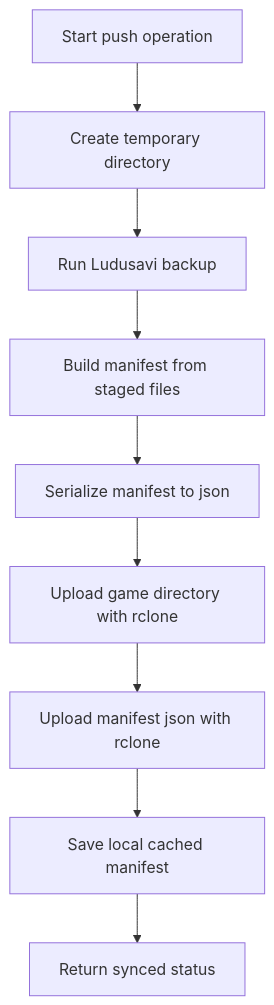
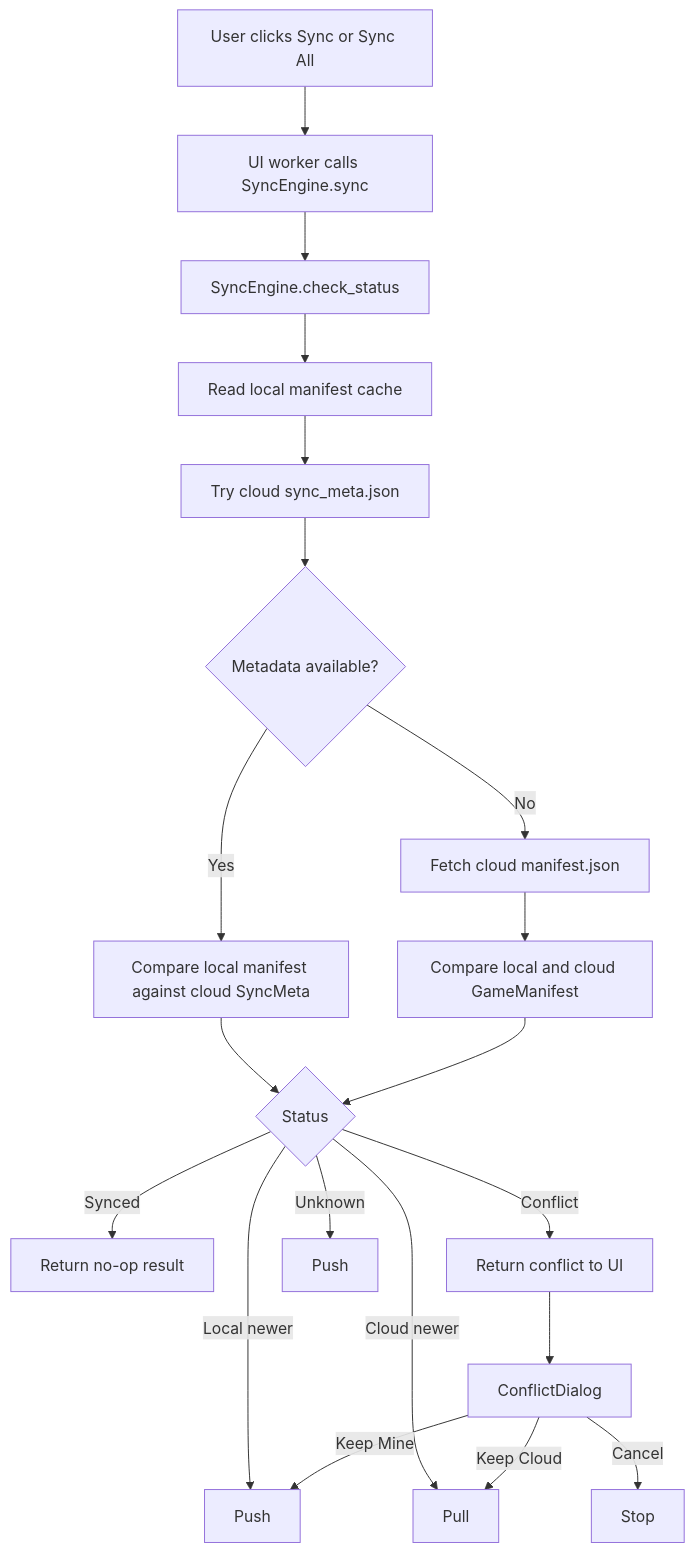
Before and after one commit to d1p/savesync: the first of 6 diagrams in docs/TECHNICAL.md, drawn with Mermaid. The commit also changed other lines of this file and 9 other files, not shown here.

````diff
--- a/docs/TECHNICAL.md
+++ b/docs/TECHNICAL.md
@@ -73,11 +27,22 @@
 ```mermaid
 flowchart TD
-    A[Start push operation] --> B[Create temporary directory]
-    B --> C[Run Ludusavi backup]
-    C --> D[Build manifest from staged files]
-    D --> E[Serialize manifest to json]
-    E --> F[Upload game directory with rclone]
-    F --> G[Upload manifest json with rclone]
-    G --> H[Save local cached manifest]
-    H --> I[Return synced status]
+    A[User clicks Sync or Sync All] --> B[UI worker calls SyncEngine.sync]
+    B --> C[SyncEngine.check_status]
+    C --> D[Read local manifest cache]
+    D --> E[Try cloud sync_meta.json]
+    E --> F{Metadata available?}
+    F -->|Yes| G[Compare local manifest against cloud SyncMeta]
+    F -->|No| H[Fetch cloud manifest.json]
+    H --> I[Compare local and cloud GameManifest]
+    G --> J{Status}
+    I --> J
+    J -->|Synced| K[Return no-op result]
+    J -->|Local newer| L[Push]
+    J -->|Cloud newer| M[Pull]
+    J -->|Conflict| N[Return conflict to UI]
+    J -->|Unknown| O[Push]
+    N --> P[ConflictDialog]
+    P -->|Keep Mine| L
+    P -->|Keep Cloud| M
+    P -->|Cancel| Q[Stop]
 ```
````
